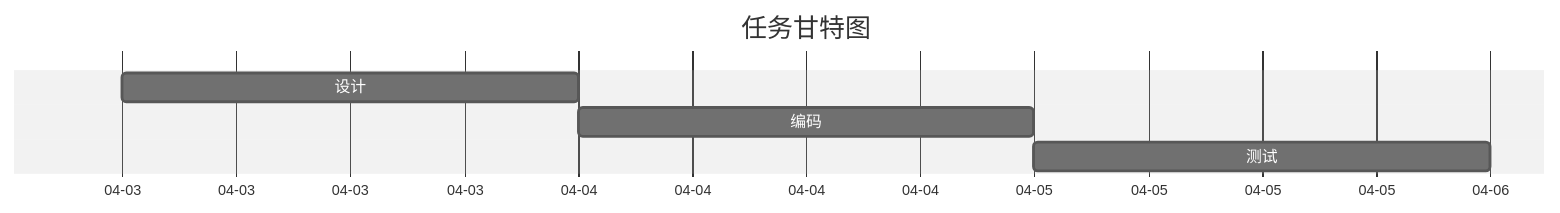
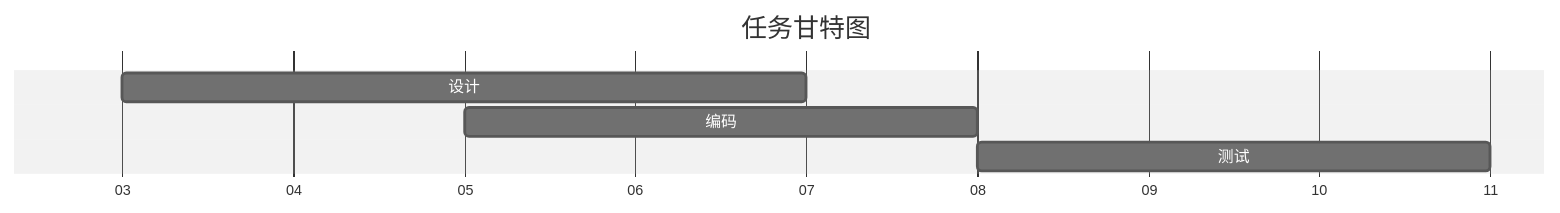
One commit to fengzhuyi/fengzhuyi.github.io changed the diagram in se/spm.md. Above: the diagram before and after it, drawn with Mermaid (neutral theme). The commit also changed 1 other file, not shown here.

Commit message:
样例调整

```diff
--- a/se/spm.md
+++ b/se/spm.md
@@ -63,9 +63,9 @@
 <div class="mermaid">
 gantt
     title 任务甘特图
-    dateFormat MM-DD
-    axisFormat %m-%d
-    设计 :a, 04-03, 1d
-    编码 :b, after a, 1d
-    测试 :c, after b, 1d
+    dateFormat DD
+    axisFormat %d
+    设计 :a, 03, 4d
+    编码 :b, 05, 3d
+    测试 :c, after b, 3d
 </div>
```
